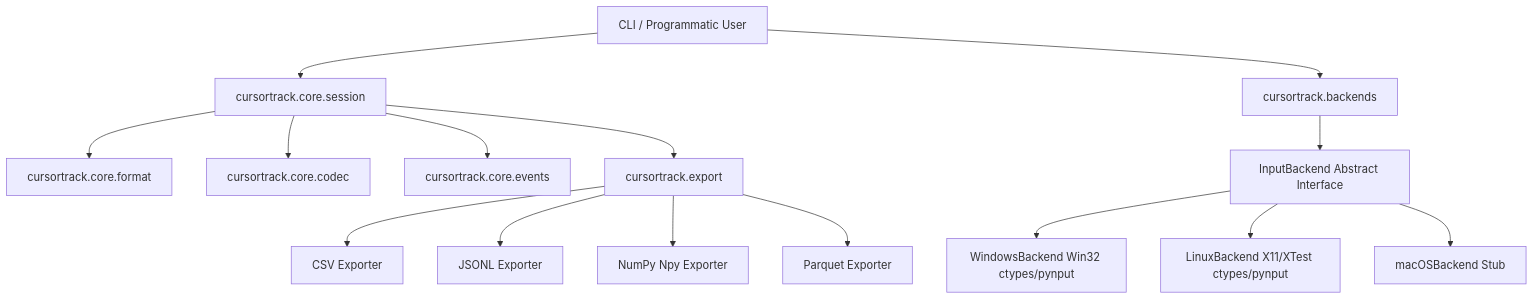
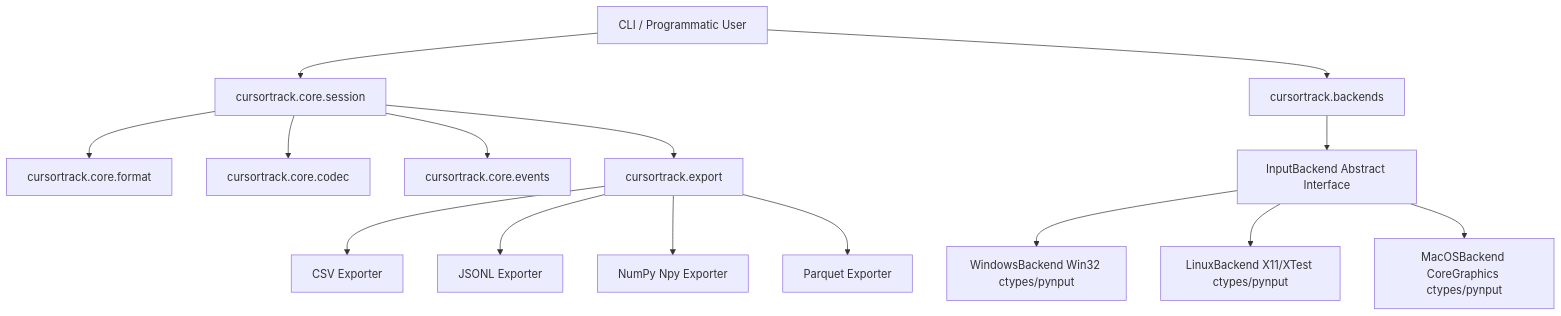
One commit to mynkpdr/cursortrack changed the diagram in docs/architecture.md. Above: the diagram before and after it, drawn with Mermaid. The commit also changed other lines of this file and 4 other files, not shown here.

````diff
--- a/docs/architecture.md
+++ b/docs/architecture.md
@@ -9,19 +9,19 @@
 ```mermaid
 graph TD
     A[CLI / Programmatic User] --> B[cursortrack.core.session]
     B --> C[cursortrack.core.format]
     B --> D[cursortrack.core.codec]
     B --> E[cursortrack.core.events]
     
     A --> F[cursortrack.backends]
     F --> G[InputBackend Abstract Interface]
     G --> H[WindowsBackend Win32 ctypes/pynput]
     G --> I[LinuxBackend X11/XTest ctypes/pynput]
-    G --> J[macOSBackend Stub]
+    G --> J[MacOSBackend CoreGraphics ctypes/pynput]
 
     B --> K[cursortrack.export]
     K --> L[CSV Exporter]
     K --> M[JSONL Exporter]
     K --> N[NumPy Npy Exporter]
     K --> O[Parquet Exporter]
 ```
````
